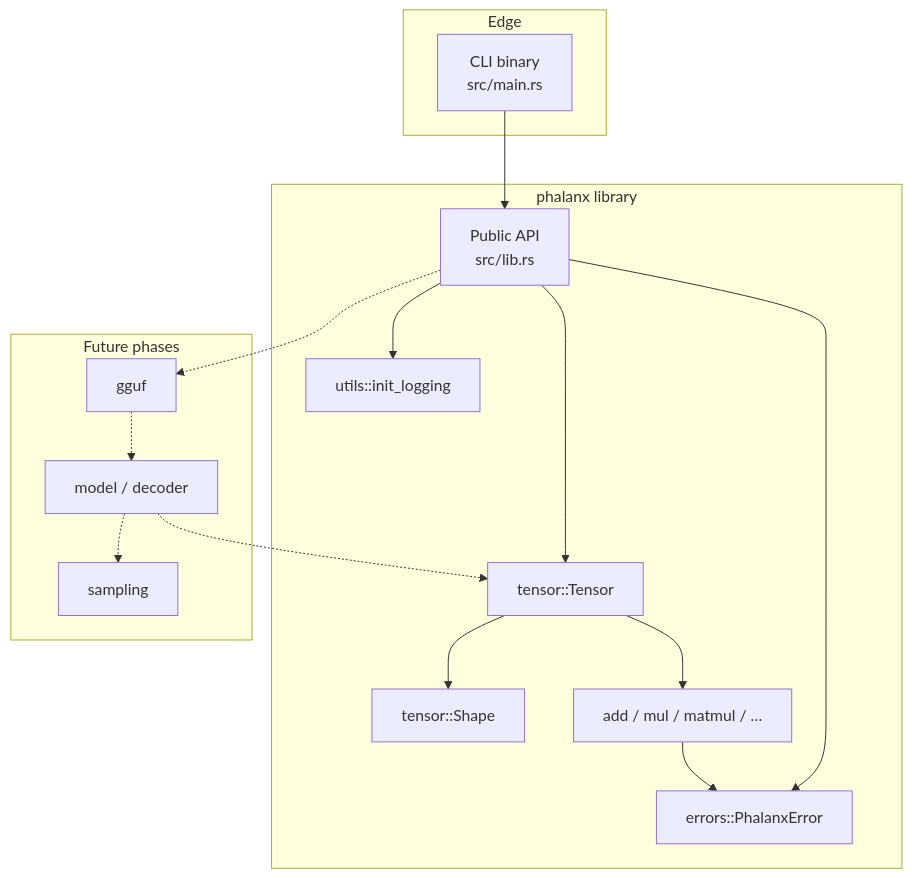
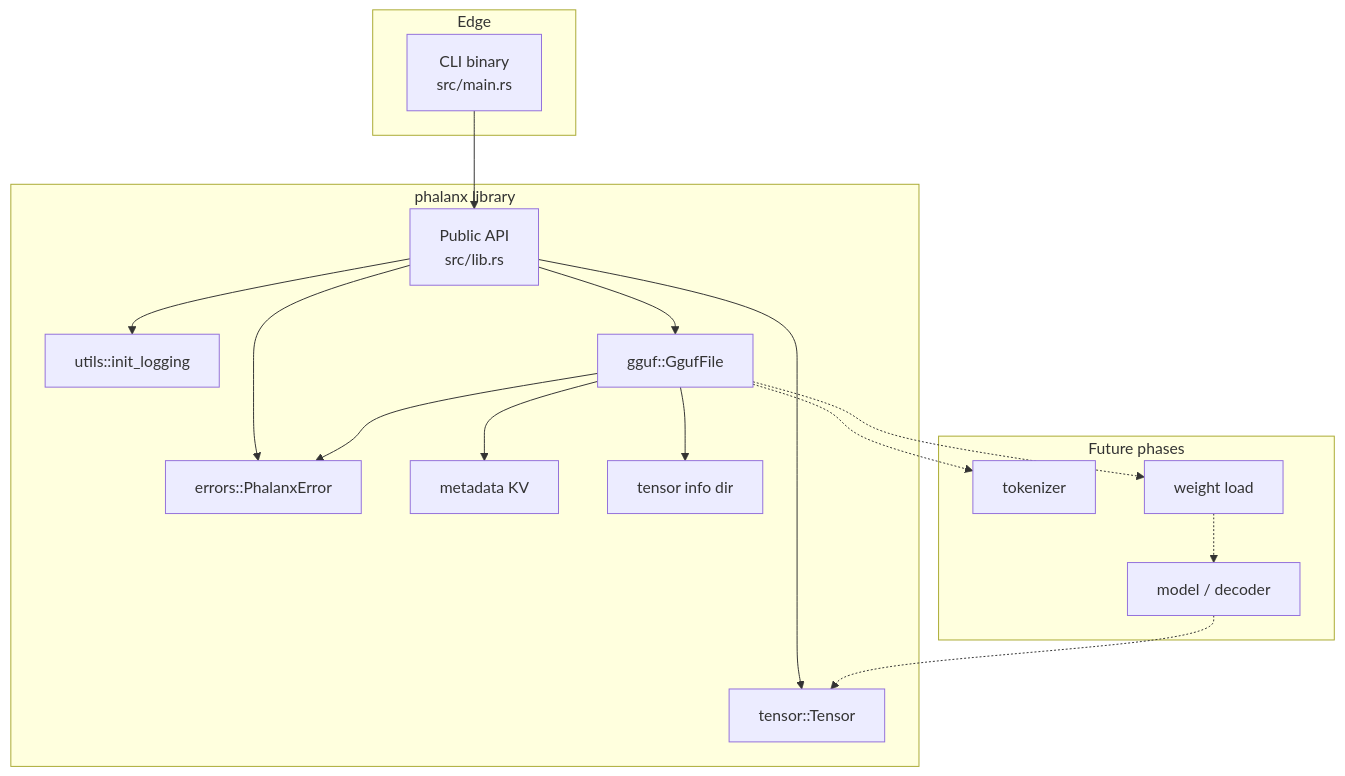
Before and after one commit to 404khai/phalanx: the diagram in README.md, drawn with Mermaid. The commit also changed other lines of this file and 15 other files, not shown here.

First line of the commit message:
feat(gguf): add streaming GGUF header and metadata parser

````diff
--- a/README.md
+++ b/README.md
@@ -39,33 +40,35 @@
 ```mermaid
 flowchart TB
     subgraph edge [Edge]
         CLI["CLI binary<br/>src/main.rs"]
     end
 
     subgraph library [phalanx library]
         API["Public API<br/>src/lib.rs"]
         Errors["errors::PhalanxError"]
         Utils["utils::init_logging"]
         Tensor["tensor::Tensor"]
-        Shape["tensor::Shape"]
-        Ops["add / mul / matmul / …"]
+        GGUF["gguf::GgufFile"]
+        Meta["metadata KV"]
+        TInfo["tensor info dir"]
     end
 
     subgraph future [Future phases]
-        GGUF["gguf"]
+        Tok["tokenizer"]
+        Weights["weight load"]
         Model["model / decoder"]
-        Sample["sampling"]
     end
 
     CLI --> API
     API --> Errors
     API --> Utils
     API --> Tensor
-    Tensor --> Shape
-    Tensor --> Ops
-    Ops --> Errors
-    API -.-> GGUF
-    GGUF -.-> Model
-    Model -.-> Sample
+    API --> GGUF
+    GGUF --> Meta
+    GGUF --> TInfo
+    GGUF --> Errors
+    GGUF -.-> Tok
+    GGUF -.-> Weights
+    Weights -.-> Model
     Model -.-> Tensor
 ```
````
